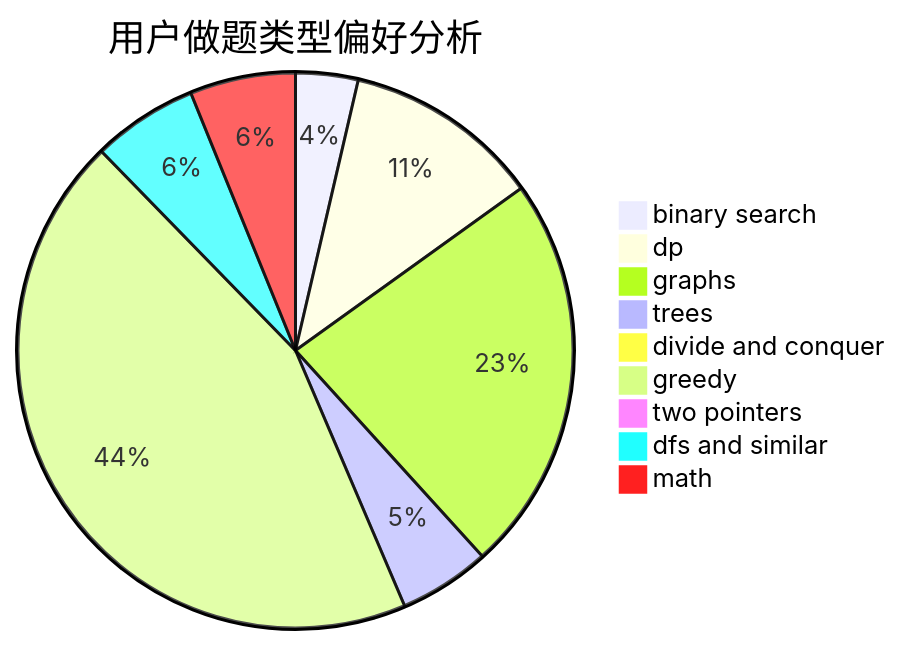
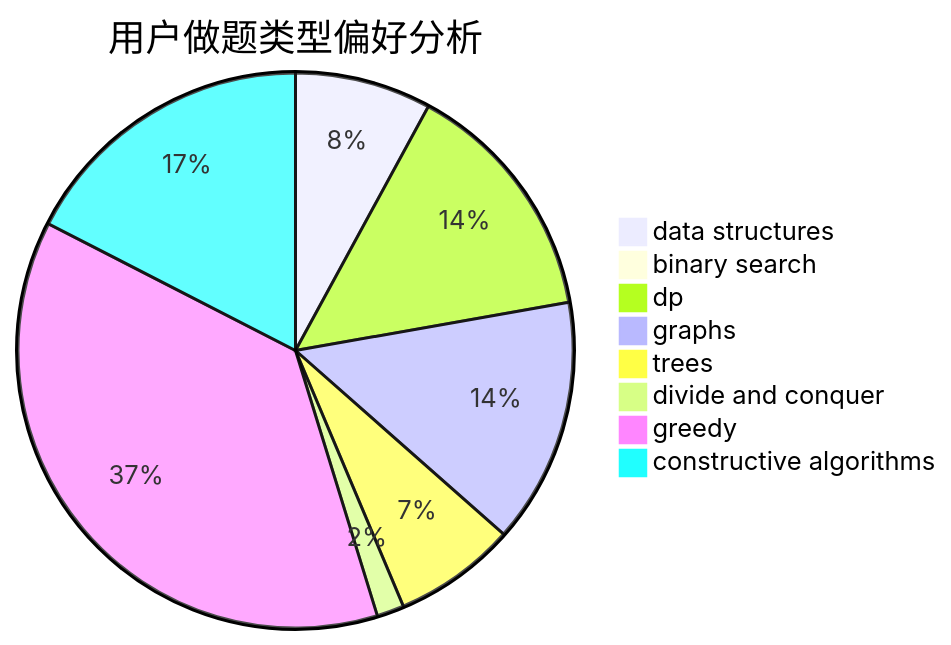
One commit to sherpahu/cfrs.github.io changed the second of 3 diagrams in docs/user/u190.md. Above: the diagram before and after it, drawn with Mermaid. The commit also changed other lines of this file and 2775 other files, not shown here.

````diff
--- a/docs/user/u190.md
+++ b/docs/user/u190.md
@@ -23,12 +23,11 @@
 ```mermaid
 pie title 用户做题类型偏好分析
-    "binary search" :  13
-    "dp" :  41
-    "graphs" :  83
-    "trees" :  19
+    "data structures" :  10
+    "binary search" :  0
+    "dp" :  18
+    "graphs" :  18
+    "trees" :  9
     "divide and conquer" :  2
-    "greedy" :  158
-    "two pointers" :  0
-    "dfs and similar" :  22
-    "math" :  22
+    "greedy" :  47
+    "constructive algorithms" :  22
 ```
````
